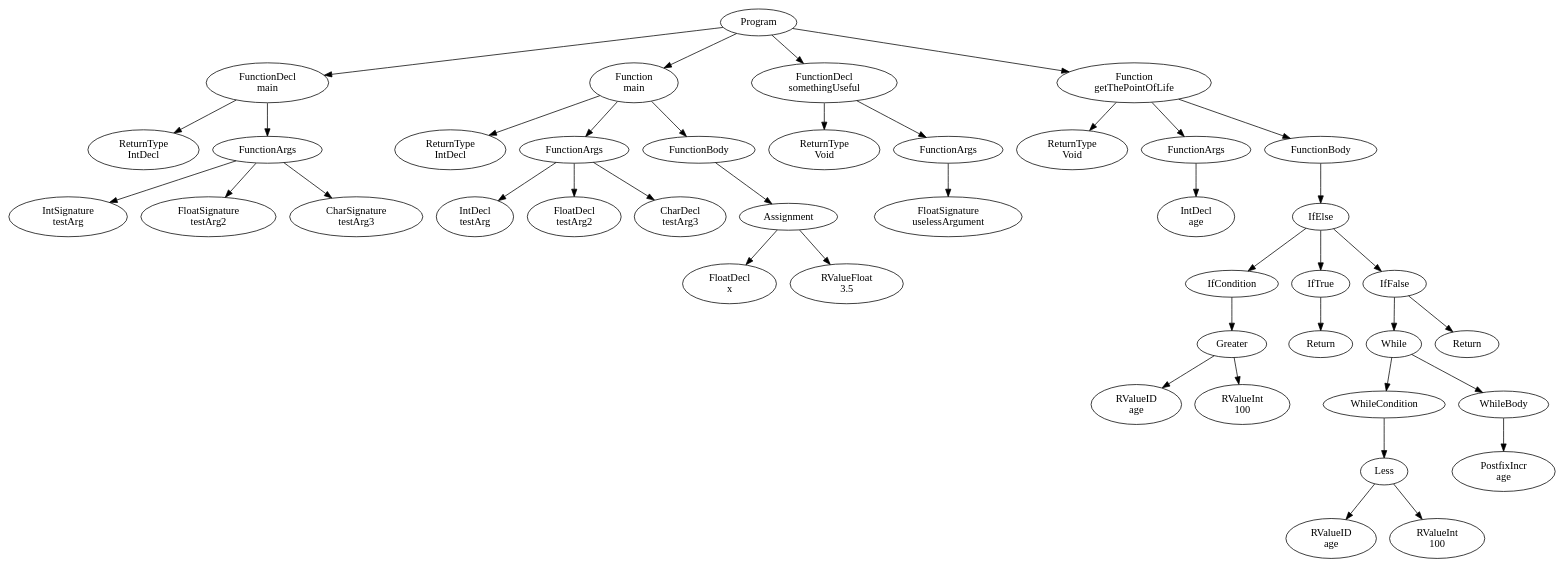
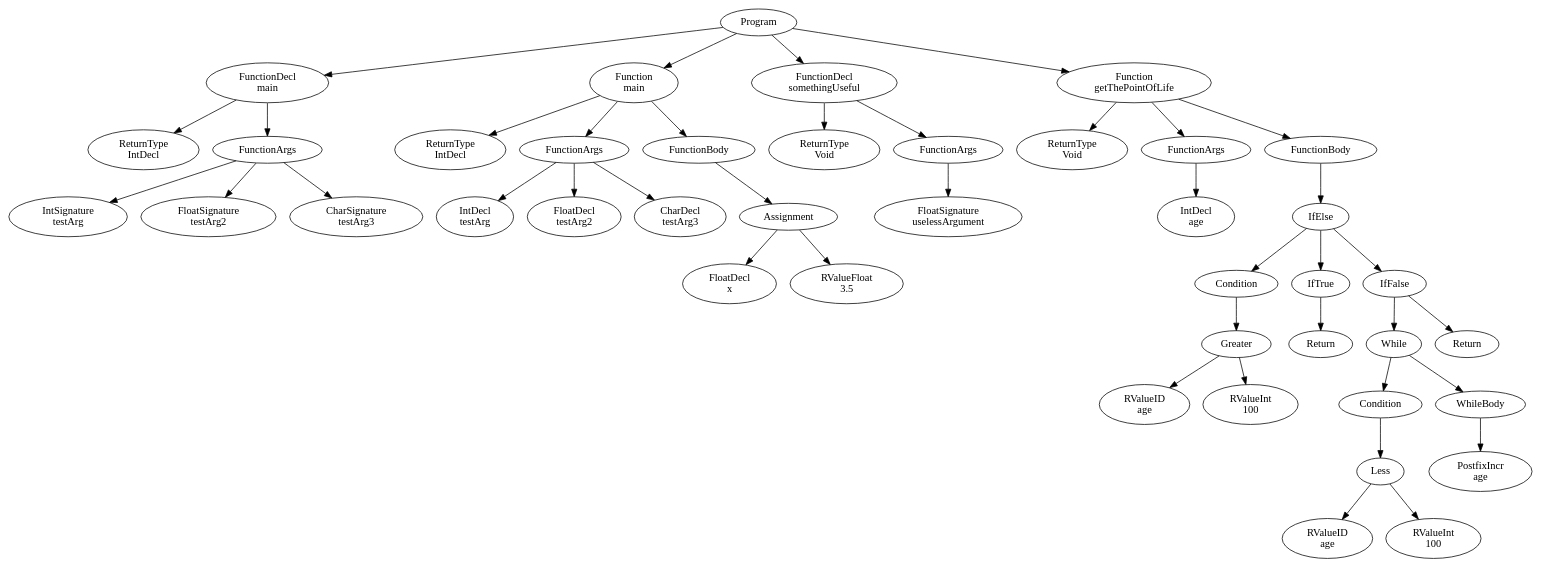
Before and after one commit to FedericoQuin/Compilers: the diagram in official/res/solutions/functions.dot, drawn with Graphviz. The commit also changed 15 other files, not shown here.

```diff
--- a/official/res/solutions/functions.dot
+++ b/official/res/solutions/functions.dot
@@ -1,85 +1,85 @@
 digraph AST {
 4 [label="Program"];
 5 [label="FunctionDecl \nmain"];
 6 [label="ReturnType \nIntDecl"];
 7 [label="FunctionArgs"];
 8 [label="IntSignature \ntestArg"];
 9 [label="FloatSignature \ntestArg2"];
 10 [label="CharSignature \ntestArg3"];
 7 -> 8;
 7 -> 9;
 7 -> 10;
 5 -> 6;
 5 -> 7;
 11 [label="Function \nmain"];
 12 [label="ReturnType \nIntDecl"];
 13 [label="FunctionArgs"];
 14 [label="IntDecl \ntestArg"];
 15 [label="FloatDecl \ntestArg2"];
 16 [label="CharDecl \ntestArg3"];
 13 -> 14;
 13 -> 15;
 13 -> 16;
 17 [label="FunctionBody"];
 18 [label="Assignment"];
 19 [label="FloatDecl \nx"];
 20 [label="RValueFloat \n3.5"];
 18 -> 19;
 18 -> 20;
 17 -> 18;
 11 -> 12;
 11 -> 13;
 11 -> 17;
 21 [label="FunctionDecl \nsomethingUseful"];
 22 [label="ReturnType \nVoid"];
 23 [label="FunctionArgs"];
 24 [label="FloatSignature \nuselessArgument"];
 23 -> 24;
 21 -> 22;
 21 -> 23;
 25 [label="Function \ngetThePointOfLife"];
 26 [label="ReturnType \nVoid"];
 27 [label="FunctionArgs"];
 28 [label="IntDecl \nage"];
 27 -> 28;
 29 [label="FunctionBody"];
 30 [label="IfElse"];
-31 [label="IfCondition"];
+31 [label="Condition"];
 32 [label="Greater"];
 33 [label="RValueID \nage"];
 34 [label="RValueInt \n100"];
 32 -> 33;
 32 -> 34;
 31 -> 32;
 35 [label="IfTrue"];
 36 [label="Return"];
 35 -> 36;
 37 [label="IfFalse"];
 38 [label="While"];
-39 [label="WhileCondition"];
+39 [label="Condition"];
 40 [label="Less"];
 41 [label="RValueID \nage"];
 42 [label="RValueInt \n100"];
 40 -> 41;
 40 -> 42;
 39 -> 40;
 43 [label="WhileBody"];
 44 [label="PostfixIncr \nage"];
 43 -> 44;
 38 -> 39;
 38 -> 43;
 45 [label="Return"];
 37 -> 38;
 37 -> 45;
 30 -> 31;
 30 -> 35;
 30 -> 37;
 29 -> 30;
 25 -> 26;
 25 -> 27;
 25 -> 29;
 4 -> 5;
 4 -> 11;
 4 -> 21;
 4 -> 25;
 }
```
